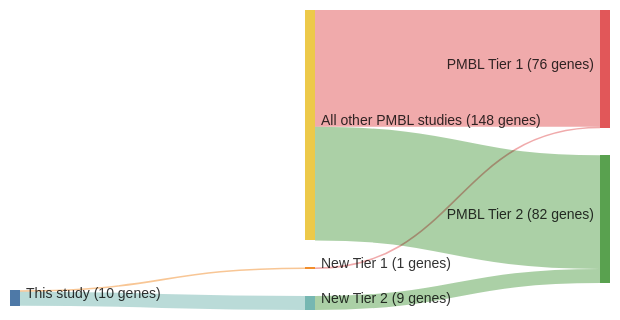
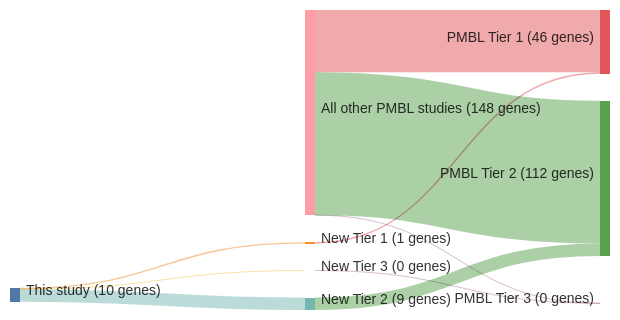
Before and after one commit to morinlab/lymphopedia: the diagram in papers/deschGenotypingCirculatingTumor2020.md, drawn with Mermaid. The commit also changed other lines of this file and 81 other files, not shown here.

````diff
--- a/papers/deschGenotypingCirculatingTumor2020.md
+++ b/papers/deschGenotypingCirculatingTumor2020.md
@@ -12,20 +12,23 @@
 ```mermaid
 ---
 config:
     sankey:
         showValues: true
         linkColor: target
         width: 600
         height: 300
         nodeAlignment: right
         prefix: '('
         suffix: ' genes)'
 ---
 sankey-beta
 This study, New Tier 1, 1
 New Tier 1, PMBL Tier 1, 1
 This study, New Tier 2, 9
 New Tier 2, PMBL Tier 2, 9
-All other PMBL studies, PMBL Tier 1, 75
-All other PMBL studies, PMBL Tier 2, 73
+This study, New Tier 3, 0
+New Tier 3, PMBL Tier 3, 0
+All other PMBL studies, PMBL Tier 1, 45
+All other PMBL studies, PMBL Tier 2, 103
+All other PMBL studies, PMBL Tier 3, 0
 ```
````
